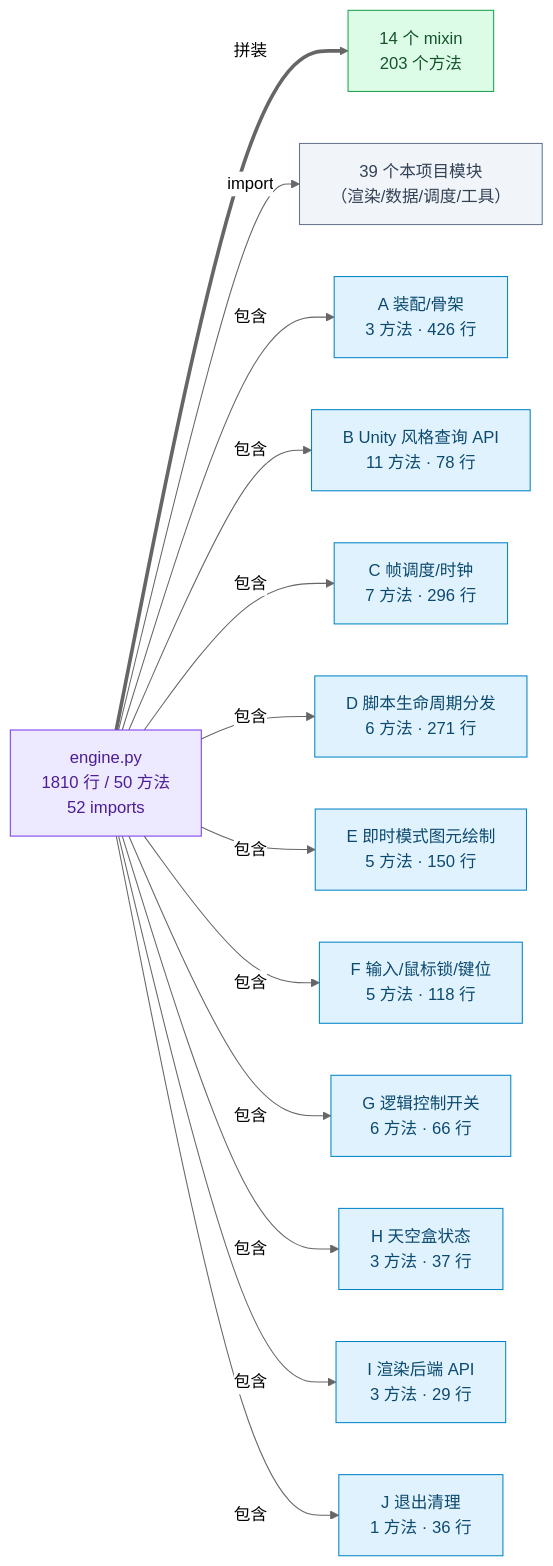
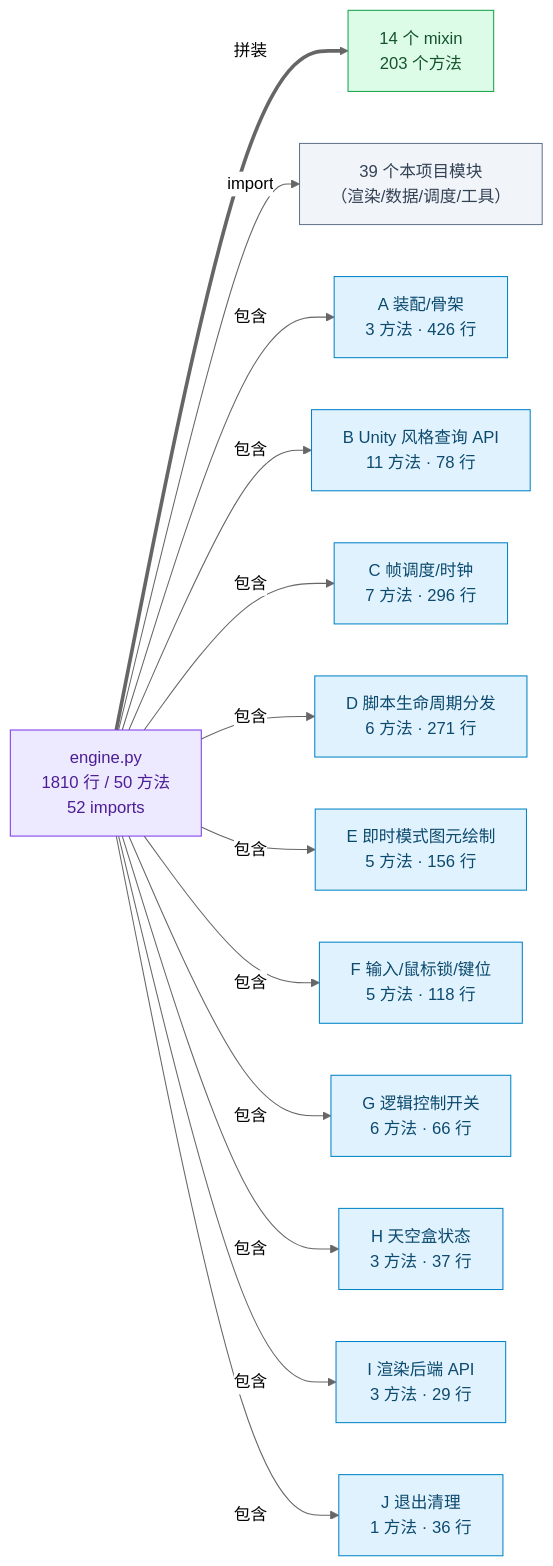
One commit to lhy302/WeaveEngine changed diagram 16 of 23 in ARCHITECTURE.md. Above: the diagram before and after it, drawn with Mermaid (neutral theme). The commit also changed other lines of this file and 12 other files, not shown here.

````diff
--- a/ARCHITECTURE.md
+++ b/ARCHITECTURE.md
@@ -751,32 +752,32 @@
 ```mermaid
 flowchart LR
   E["engine.py<br/>1810 行 / 50 方法<br/>52 imports"]:::hub
   M["14 个 mixin<br/>203 个方法"]:::impl
   P["39 个本项目模块<br/>（渲染/数据/调度/工具）"]:::file
   D1["A 装配/骨架<br/>3 方法 · 426 行"]:::dom
   D2["B Unity 风格查询 API<br/>11 方法 · 78 行"]:::dom
   D3["C 帧调度/时钟<br/>7 方法 · 296 行"]:::dom
   D4["D 脚本生命周期分发<br/>6 方法 · 271 行"]:::dom
-  D5["E 即时模式图元绘制<br/>5 方法 · 150 行"]:::dom
+  D5["E 即时模式图元绘制<br/>5 方法 · 156 行"]:::dom
   D6["F 输入/鼠标锁/键位<br/>5 方法 · 118 行"]:::dom
   D7["G 逻辑控制开关<br/>6 方法 · 66 行"]:::dom
   D8["H 天空盒状态<br/>3 方法 · 37 行"]:::dom
   D9["I 渲染后端 API<br/>3 方法 · 29 行"]:::dom
   D10["J 退出清理<br/>1 方法 · 36 行"]:::dom
   E ==>|拼装| M
   E -->|import| P
   E -->|包含| D1
   E -->|包含| D2
   E -->|包含| D3
   E -->|包含| D4
   E -->|包含| D5
   E -->|包含| D6
   E -->|包含| D7
   E -->|包含| D8
   E -->|包含| D9
   E -->|包含| D10
   classDef hub fill:#ede9fe,stroke:#7c3aed,color:#4c1d95
   classDef impl fill:#dcfce7,stroke:#16a34a,color:#14532d
   classDef dom fill:#e0f2fe,stroke:#0284c7,color:#0c4a6e
   classDef file fill:#f1f5f9,stroke:#64748b,color:#334155
 ```
````
